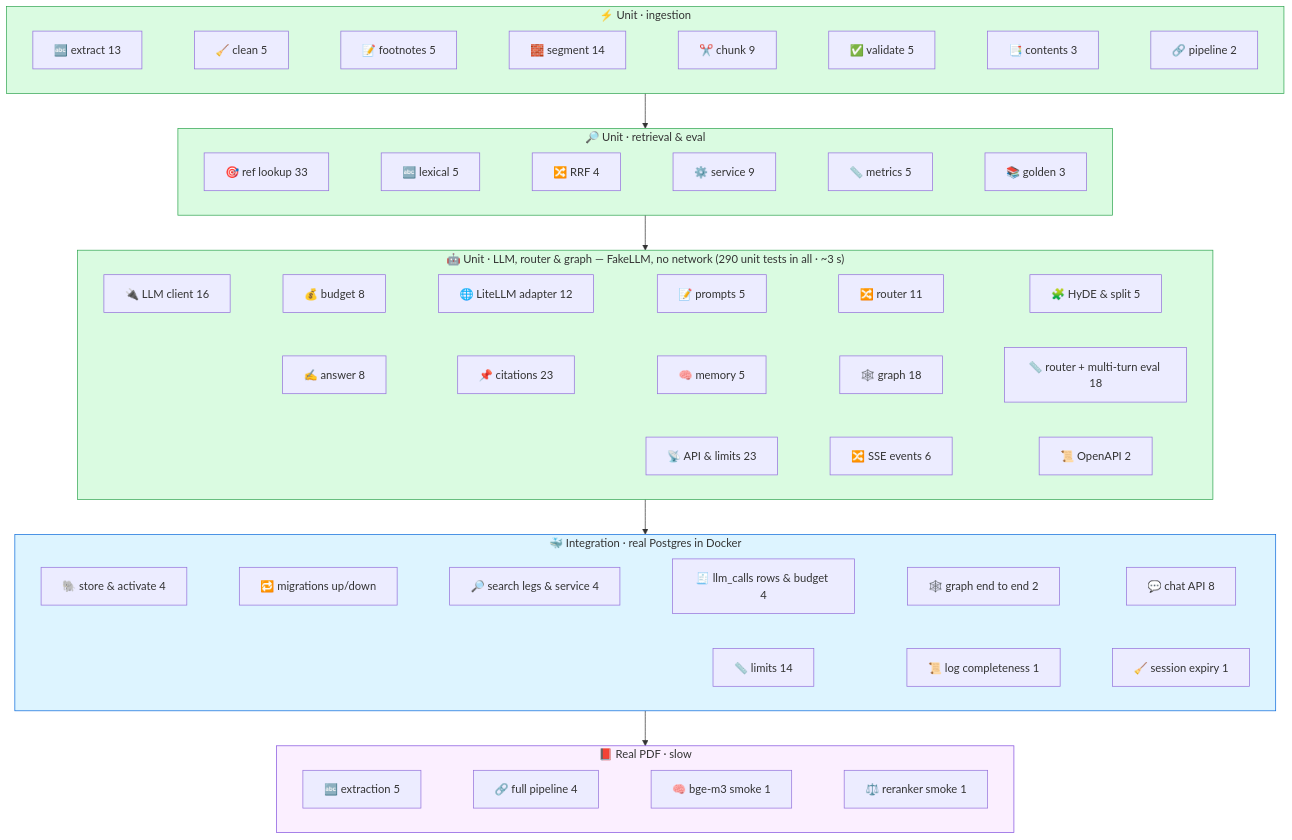
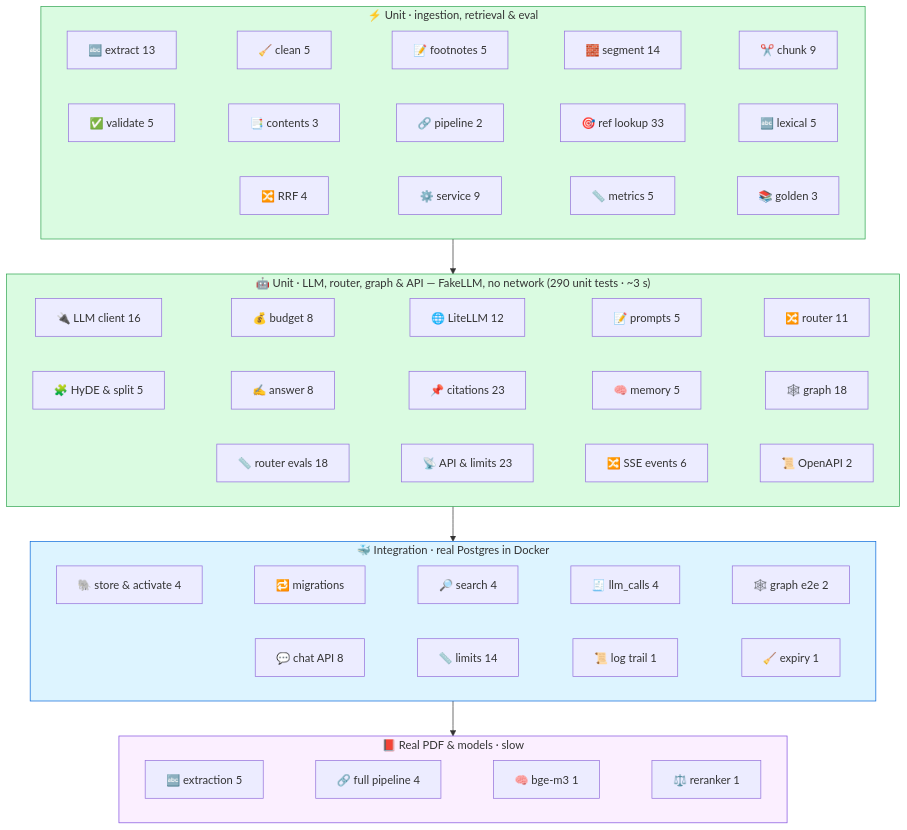
Before and after one commit to sshubham07/anuchhed-ai: the diagram in docs/diagrams/tests.mmd, drawn with Mermaid. The commit also changed 14 other files, not shown here.

First line of the commit message:
docs(readme): uniform diagram sizes and a web UI section

```diff
--- a/docs/diagrams/tests.mmd
+++ b/docs/diagrams/tests.mmd
@@ -1,30 +1,27 @@
 flowchart TB
-    subgraph U ["⚡ Unit · ingestion"]
+    subgraph U ["⚡ Unit · ingestion, retrieval & eval"]
         direction LR
-        u1["🔤 extract 13"] ~~~ u2["🧹 clean 5"] ~~~ u3["📝 footnotes 5"] ~~~ u4["🧱 segment 14"] ~~~ u5["✂️ chunk 9"] ~~~ u6["✅ validate 5"] ~~~ u7["📑 contents 3"] ~~~ u8["🔗 pipeline 2"]
+        u1["🔤 extract 13"] ~~~ u2["🧹 clean 5"] ~~~ u3["📝 footnotes 5"] ~~~ u4["🧱 segment 14"] ~~~ u5["✂️ chunk 9"]
+        u6["✅ validate 5"] ~~~ u7["📑 contents 3"] ~~~ u8["🔗 pipeline 2"] ~~~ v1["🎯 ref lookup 33"] ~~~ v2["🔤 lexical 5"]
+        v3["🔀 RRF 4"] ~~~ v4["⚙️ service 9"] ~~~ v5["📏 metrics 5"] ~~~ v6["📚 golden 3"]
     end
-    subgraph UR ["🔎 Unit · retrieval & eval"]
+    subgraph UL ["🤖 Unit · LLM, router, graph & API — FakeLLM, no network  (290 unit tests · ~3 s)"]
         direction LR
-        v1["🎯 ref lookup 33"] ~~~ v2["🔤 lexical 5"] ~~~ v3["🔀 RRF 4"] ~~~ v4["⚙️ service 9"] ~~~ v5["📏 metrics 5"] ~~~ v6["📚 golden 3"]
-    end
-    subgraph UL ["🤖 Unit · LLM, router & graph — FakeLLM, no network  (290 unit tests in all · ~3 s)"]
-        direction LR
-        l1["🔌 LLM client 16"] ~~~ l2["💰 budget 8"] ~~~ l3["🌐 LiteLLM adapter 12"] ~~~ l4["📝 prompts 5"] ~~~ l5["🔀 router 11"] ~~~ l6["🧩 HyDE & split 5"]
-        l7["✍️ answer 8"] ~~~ l8["📌 citations 23"] ~~~ l9["🧠 memory 5"] ~~~ l10["🕸️ graph 18"] ~~~ l11["📏 router + multi-turn eval 18"]
-        l12["📡 API & limits 23"] ~~~ l13["🔀 SSE events 6"] ~~~ l14["📜 OpenAPI 2"]
+        l1["🔌 LLM client 16"] ~~~ l2["💰 budget 8"] ~~~ l3["🌐 LiteLLM 12"] ~~~ l4["📝 prompts 5"] ~~~ l5["🔀 router 11"]
+        l6["🧩 HyDE & split 5"] ~~~ l7["✍️ answer 8"] ~~~ l8["📌 citations 23"] ~~~ l9["🧠 memory 5"] ~~~ l10["🕸️ graph 18"]
+        l11["📏 router evals 18"] ~~~ l12["📡 API & limits 23"] ~~~ l13["🔀 SSE events 6"] ~~~ l14["📜 OpenAPI 2"]
     end
     subgraph I ["🐳 Integration · real Postgres in Docker"]
         direction LR
-        i1["🐘 store & activate 4"] ~~~ i2["🔁 migrations up/down"] ~~~ i3["🔎 search legs & service 4"] ~~~ i4["🧾 llm_calls rows & budget 4"] ~~~ i5["🕸️ graph end to end 2"] ~~~ i6["💬 chat API 8"]
-        i7["📏 limits 14"] ~~~ i8["📜 log completeness 1"] ~~~ i9["🧹 session expiry 1"]
+        i1["🐘 store & activate 4"] ~~~ i2["🔁 migrations"] ~~~ i3["🔎 search 4"] ~~~ i4["🧾 llm_calls 4"] ~~~ i5["🕸️ graph e2e 2"]
+        i6["💬 chat API 8"] ~~~ i7["📏 limits 14"] ~~~ i8["📜 log trail 1"] ~~~ i9["🧹 expiry 1"]
     end
-    subgraph R ["📕 Real PDF · slow"]
+    subgraph R ["📕 Real PDF & models · slow"]
         direction LR
-        r1["🔤 extraction 5"] ~~~ r2["🔗 full pipeline 4"] ~~~ r3["🧠 bge-m3 smoke 1"] ~~~ r4["⚖️ reranker smoke 1"]
+        r1["🔤 extraction 5"] ~~~ r2["🔗 full pipeline 4"] ~~~ r3["🧠 bge-m3 1"] ~~~ r4["⚖️ reranker 1"]
     end
-    U --> UR --> UL --> I --> R
+    U --> UL --> I --> R
     style U fill:#dafbe1,stroke:#2ea44f
-    style UR fill:#dafbe1,stroke:#2ea44f
     style UL fill:#dafbe1,stroke:#2ea44f
     style I fill:#ddf4ff,stroke:#0969da
     style R fill:#fbefff,stroke:#8250df
```
